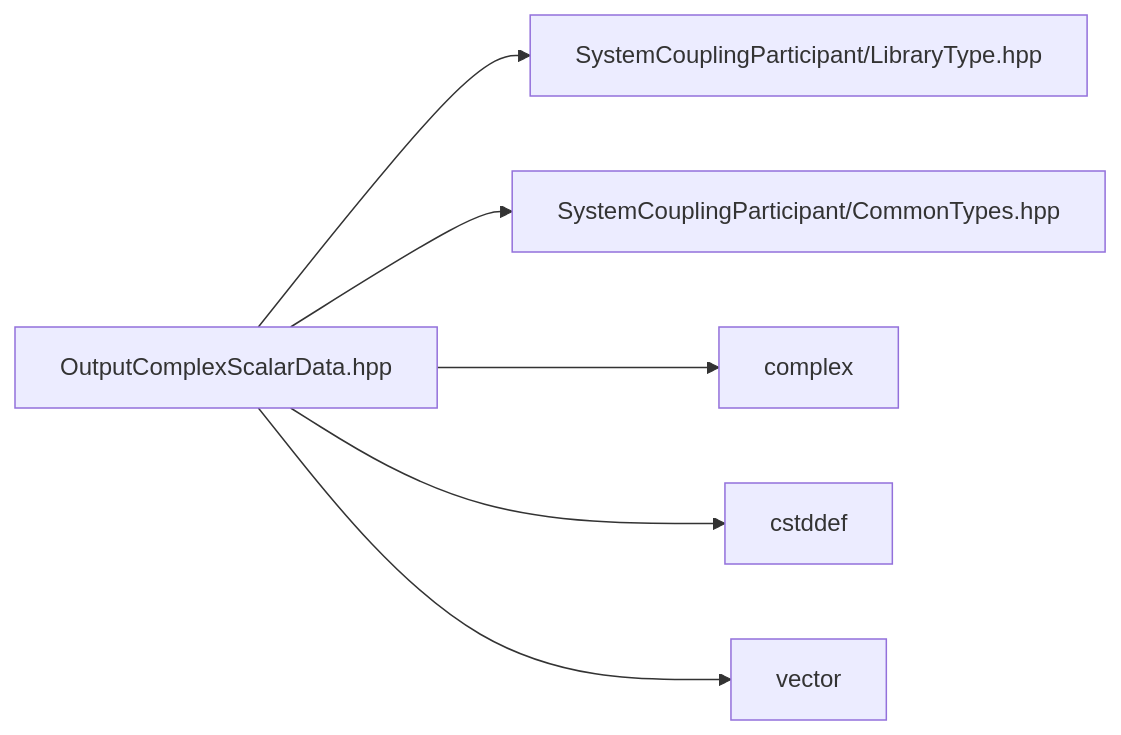
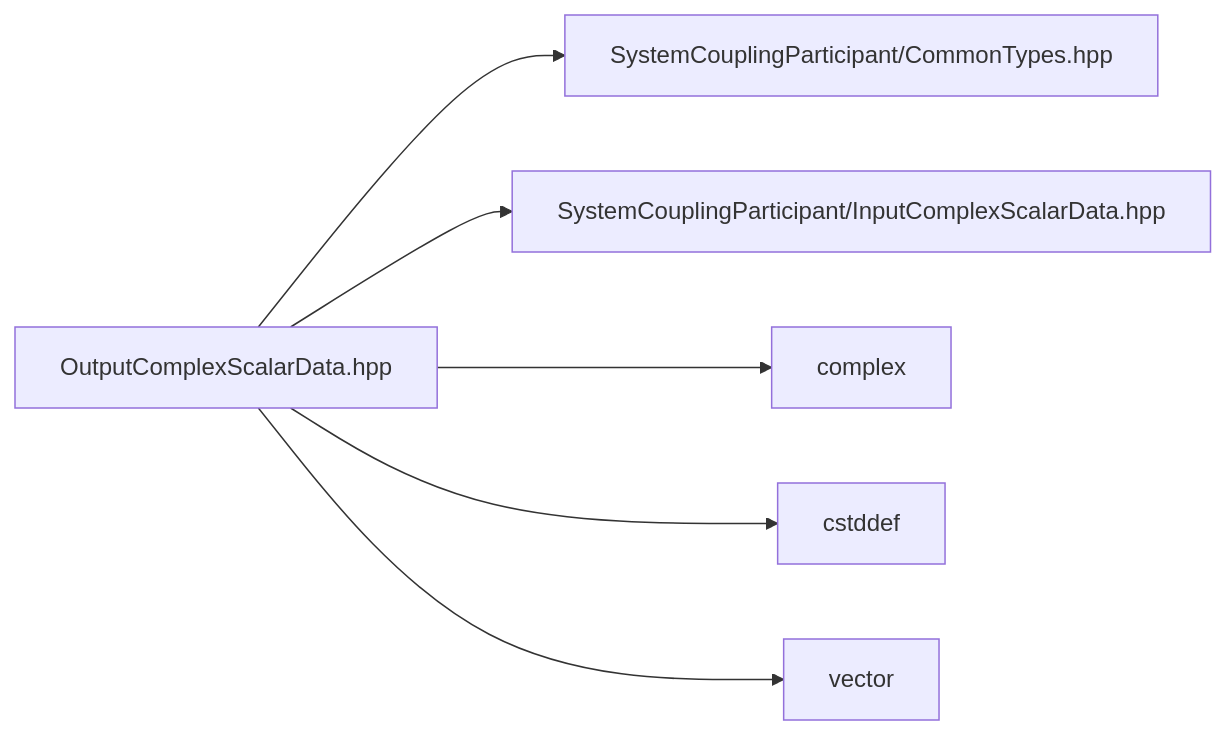
Before and after one commit to ansys/DevRelDocs: the diagram in 2026R1/system-coupling-26-r1/articles/cpp-reference/OutputComplexScalarData_8hpp.md, drawn with Mermaid. The commit also changed other lines of this file and 377 other files, not shown here.

````diff
--- a/2026R1/system-coupling-26-r1/articles/cpp-reference/OutputComplexScalarData_8hpp.md
+++ b/2026R1/system-coupling-26-r1/articles/cpp-reference/OutputComplexScalarData_8hpp.md
@@ -27,21 +28,21 @@
 ```mermaid
 graph LR
-3["SystemCouplingParticipant/CommonTypes.hpp"]
-
-6["vector"]
-
-2["SystemCouplingParticipant/LibraryType.hpp"]
-
-5["cstddef"]
-
-4["complex"]
-
 1["OutputComplexScalarData.hpp"]
 click 1 "OutputComplexScalarData_8hpp.md#OutputComplexScalarData_8hpp"
 1 --> 2
 1 --> 3
 1 --> 4
 1 --> 5
 1 --> 6
 
+2["SystemCouplingParticipant/CommonTypes.hpp"]
+
+3["SystemCouplingParticipant/InputComplexScalarData.hpp"]
+
+4["complex"]
+
+5["cstddef"]
+
+6["vector"]
+
 ```
````
